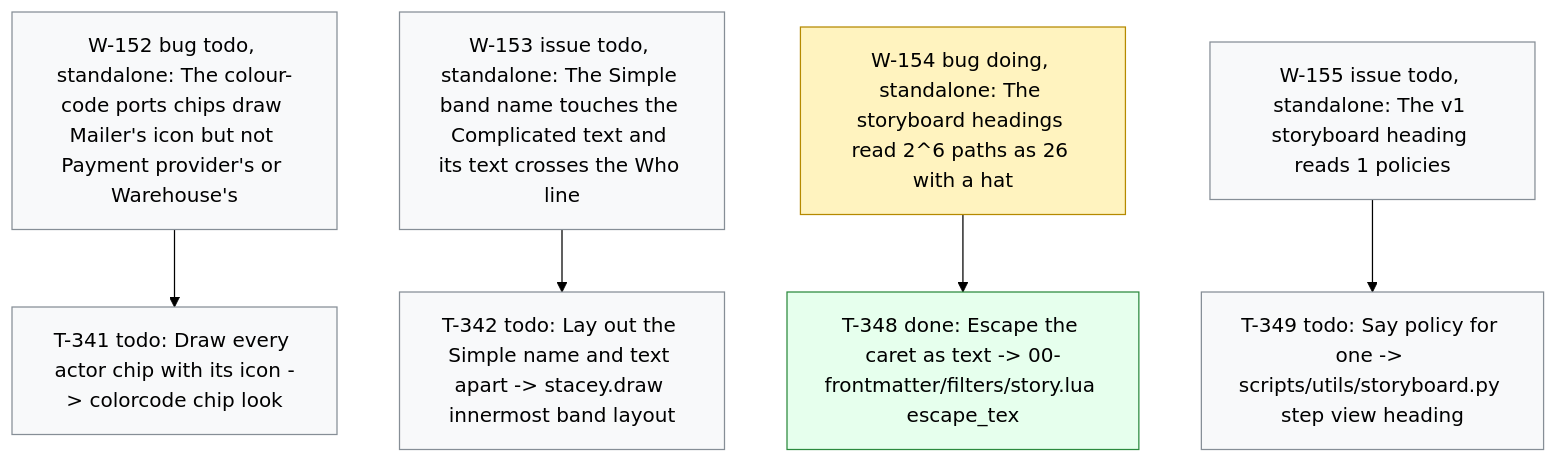
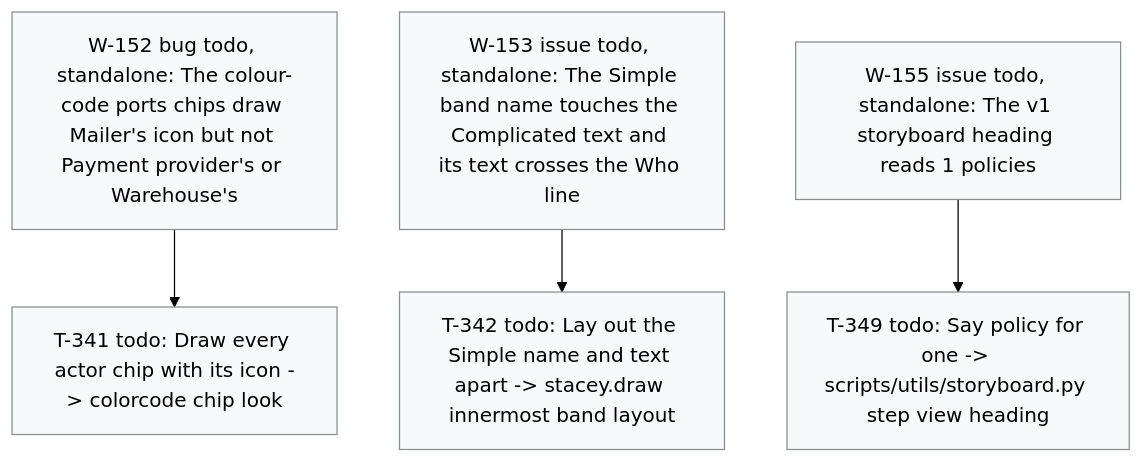
Before and after one commit to dpopchev/chaos-to-simple: the diagram in .board/BOARD.md, drawn with Mermaid (forest theme). The commit also changed other lines of this file and 2 other files, not shown here.

````diff
--- a/.board/BOARD.md
+++ b/.board/BOARD.md
@@ -893,19 +898,15 @@
 ```mermaid
 flowchart TD
   W152["W-152 bug todo, standalone: The colour-code ports chips draw Mailer's icon but not Payment provider's or Warehouse's"]
   W152 --> T341["T-341 todo: Draw every actor chip with its icon -> colorcode chip look"]
   W153["W-153 issue todo, standalone: The Simple band name touches the Complicated text and its text crosses the Who line"]
   W153 --> T342["T-342 todo: Lay out the Simple name and text apart -> stacey.draw innermost band layout"]
-  W154["W-154 bug doing, standalone: The storyboard headings read 2^6 paths as 26 with a hat"]
-  W154 --> T348["T-348 done: Escape the caret as text -> 00-frontmatter/filters/story.lua escape_tex"]
   W155["W-155 issue todo, standalone: The v1 storyboard heading reads 1 policies"]
   W155 --> T349["T-349 todo: Say policy for one -> scripts/utils/storyboard.py step view heading"]
   classDef doing fill:#fff3bf,stroke:#b58900,color:#000;
   classDef blocked fill:#ffe3e3,stroke:#c92a2a,color:#000;
   classDef done fill:#e6ffed,stroke:#2b8a3e,color:#000;
   classDef todo fill:#f8f9fa,stroke:#868e96,color:#000;
   classDef pruned fill:#f1f3f5,stroke:#adb5bd,color:#000;
-  class W154 doing
-  class T348 done
   class W152,T341,W153,T342,W155,T349 todo
 ```
````
